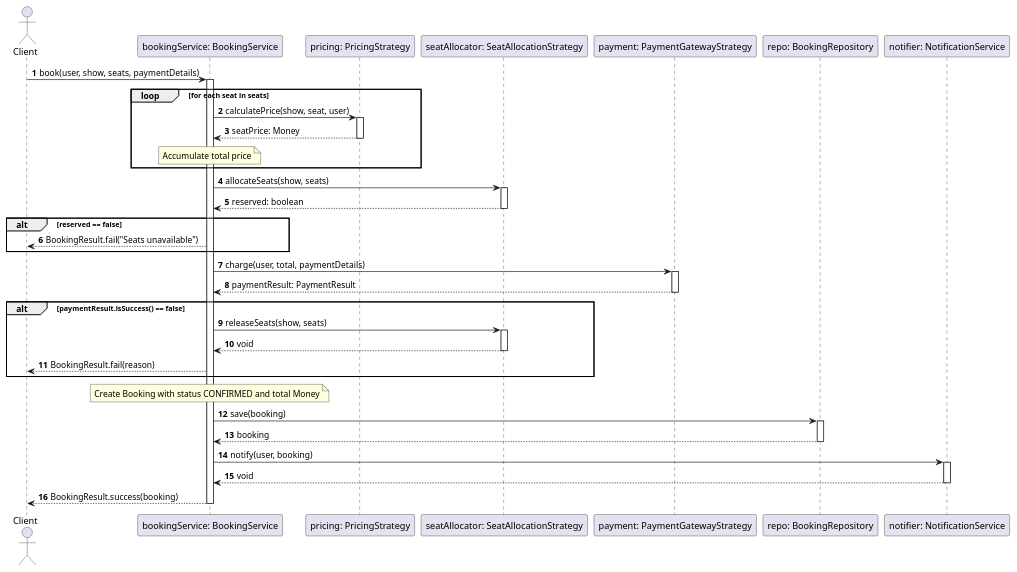
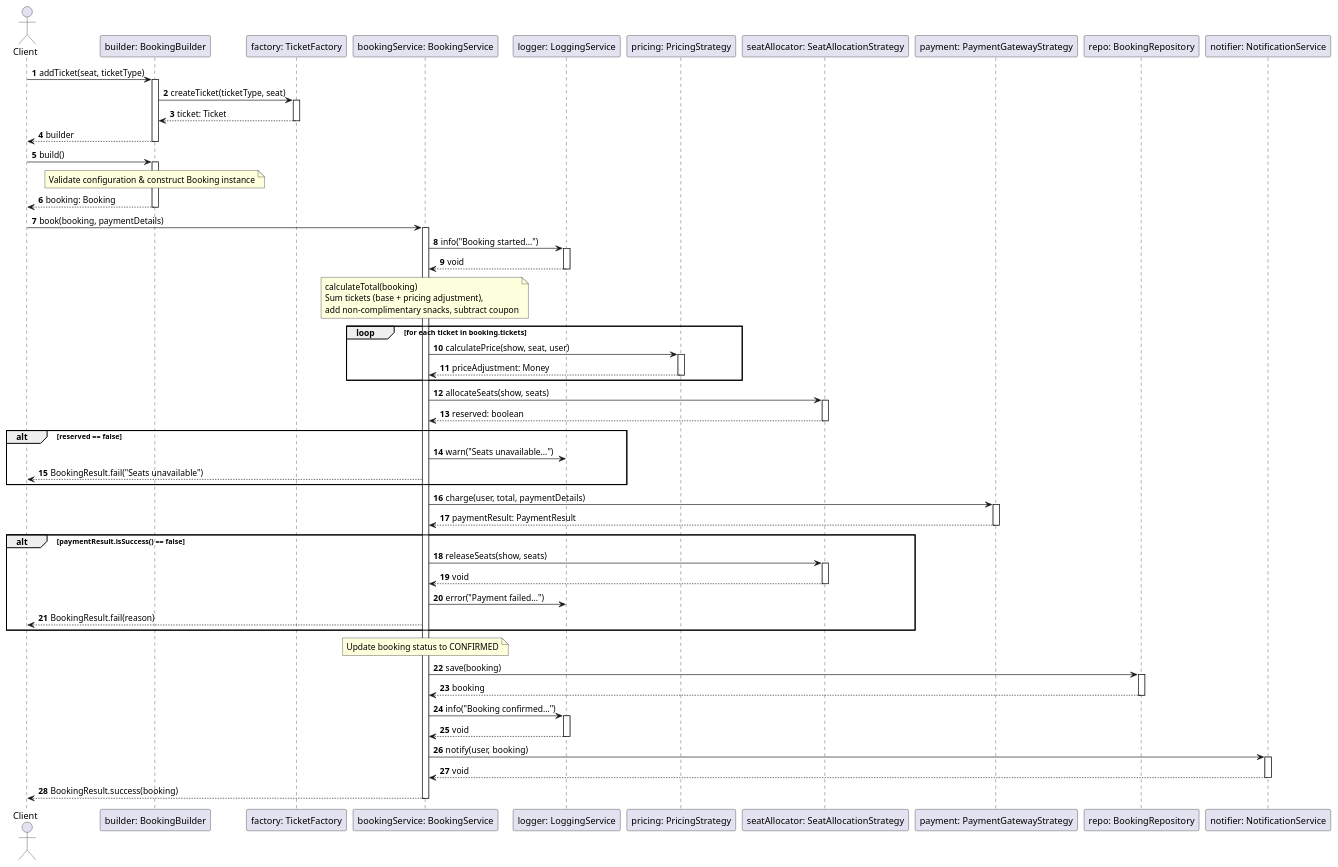
One commit to gurjung/movie-booking-system-lld changed the second of 2 diagrams in README.md. Above: the diagram before and after it, drawn with PlantUML. The commit also changed other lines of this file, not shown here.

````diff
--- a/README.md
+++ b/README.md
@@ -345,22 +550,46 @@
 autonumber
 actor Client
 
+participant "builder: BookingBuilder" as Builder
+participant "factory: TicketFactory" as Factory
 participant "bookingService: BookingService" as BS
+participant "logger: LoggingService" as Logger
 participant "pricing: PricingStrategy" as PS
 participant "seatAllocator: SeatAllocationStrategy" as SAS
 participant "payment: PaymentGatewayStrategy" as PGS
 participant "repo: BookingRepository" as Repo
 participant "notifier: NotificationService" as NS
 
-Client -> BS: book(user, show, seats, paymentDetails)
+Client -> Builder: addTicket(seat, ticketType)
+activate Builder
+Builder -> Factory: createTicket(ticketType, seat)
+activate Factory
+Factory --> Builder: ticket: Ticket
+deactivate Factory
+Builder --> Client: builder
+deactivate Builder
+
+Client -> Builder: build()
+activate Builder
+note over Builder: Validate configuration & construct Booking instance
+Builder --> Client: booking: Booking
+deactivate Builder
+
+Client -> BS: book(booking, paymentDetails)
 activate BS
 
-loop for each seat in seats
+BS -> Logger: info("Booking started...")
+activate Logger
+Logger --> BS: void
+deactivate Logger
+
+note over BS: calculateTotal(booking)\nSum tickets (base + pricing adjustment),\nadd non-complimentary snacks, subtract coupon
+
+loop for each ticket in booking.tickets
   BS -> PS: calculatePrice(show, seat, user)
   activate PS
-  PS --> BS: seatPrice: Money
+  PS --> BS: priceAdjustment: Money
   deactivate PS
-  note over BS: Accumulate total price
 end
 
 BS -> SAS: allocateSeats(show, seats)
@@ -369,6 +598,7 @@
 deactivate SAS
 
 alt reserved == false
+  BS -> Logger: warn("Seats unavailable...")
   BS --> Client: BookingResult.fail("Seats unavailable")
 end
 
@@ -382,15 +612,21 @@
   activate SAS
   SAS --> BS: void
   deactivate SAS
+  BS -> Logger: error("Payment failed...")
   BS --> Client: BookingResult.fail(reason)
 end
 
-note over BS: Create Booking with status CONFIRMED and total Money
+note over BS: Update booking status to CONFIRMED
 
 BS -> Repo: save(booking)
 activate Repo
 Repo --> BS: booking
 deactivate Repo
+
+BS -> Logger: info("Booking confirmed...")
+activate Logger
+Logger --> BS: void
+deactivate Logger
 
 BS -> NS: notify(user, booking)
 activate NS
@@ -399,5 +635,5 @@
 
 BS --> Client: BookingResult.success(booking)
 deactivate BS
-@endum
+@enduml
 ```
````
